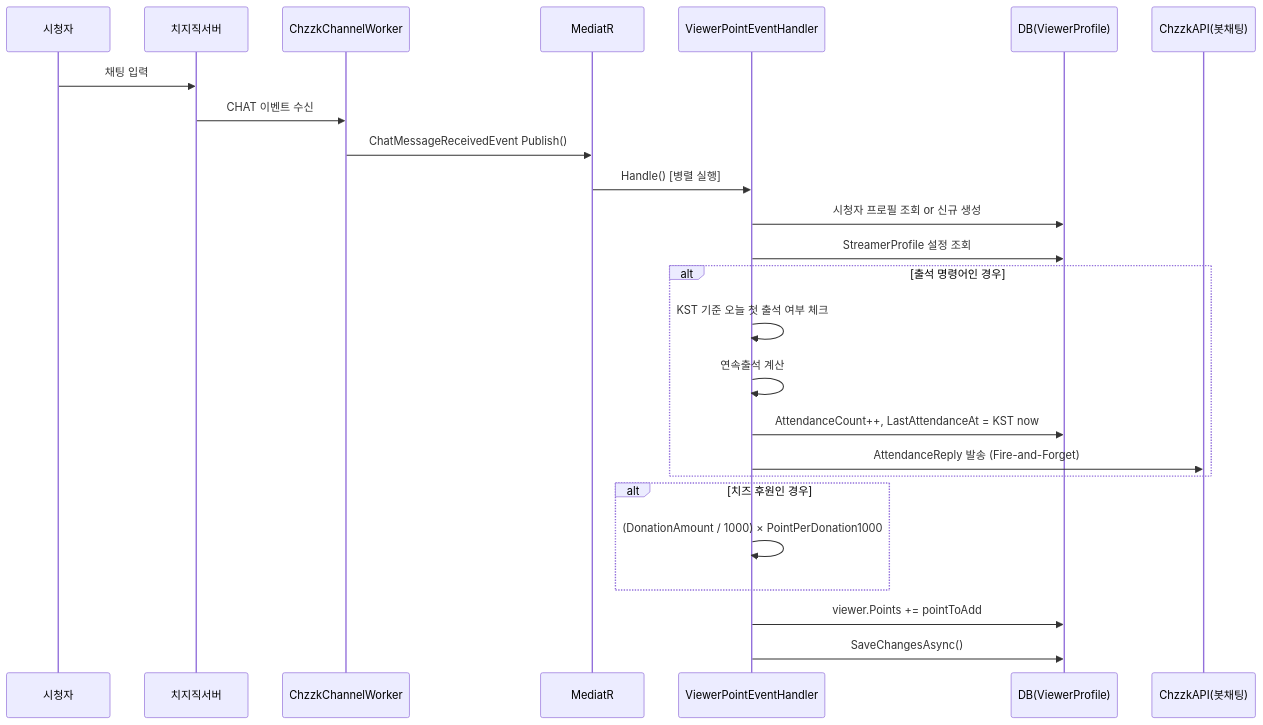
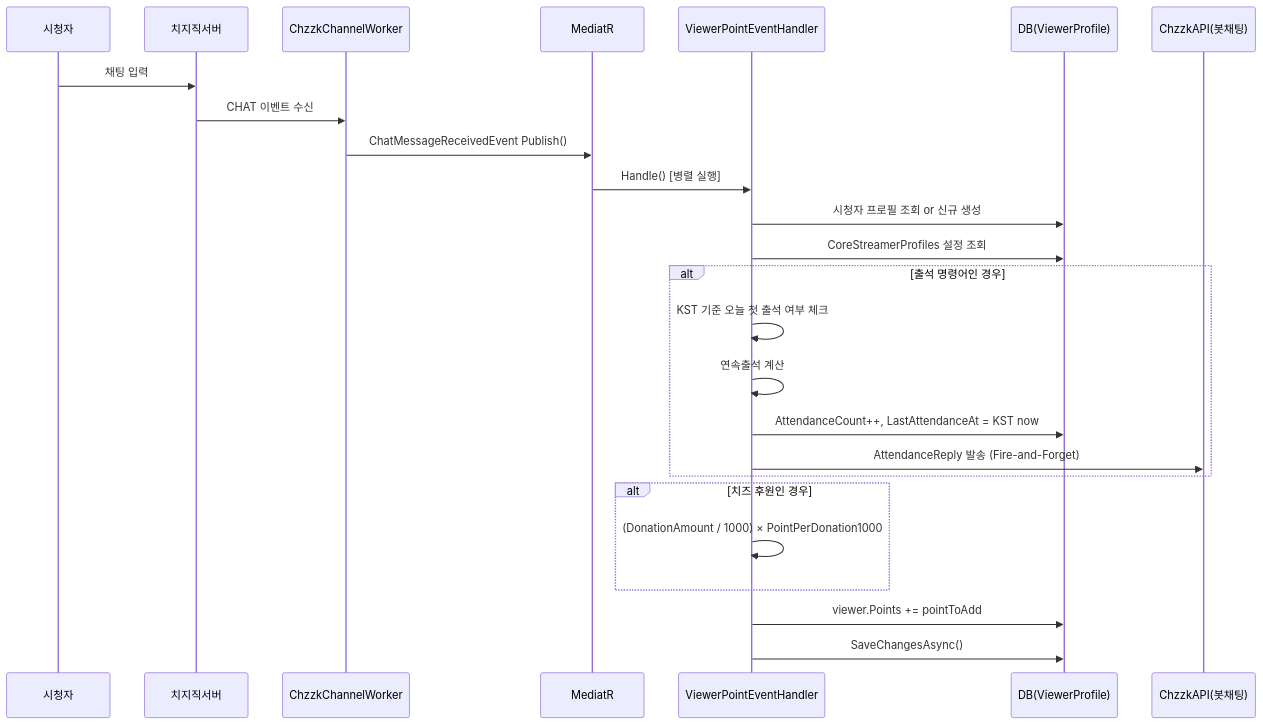
Before and after one commit to mooldang257/MooldangBot: the diagram in mooldang-dev/md/ChatPointResearch.md, drawn with Mermaid. The commit also changed other lines of this file and 457 other files, not shown here.

````diff
--- a/mooldang-dev/md/ChatPointResearch.md
+++ b/mooldang-dev/md/ChatPointResearch.md
@@ -86,32 +86,32 @@
 ```mermaid
 sequenceDiagram
     participant 시청자
     participant 치지직서버
     participant ChzzkChannelWorker
     participant MediatR
     participant ViewerPointEventHandler
     participant DB(ViewerProfile)
     participant ChzzkAPI(봇채팅)
 
     시청자->>치지직서버: 채팅 입력
     치지직서버->>ChzzkChannelWorker: CHAT 이벤트 수신
     ChzzkChannelWorker->>MediatR: ChatMessageReceivedEvent Publish()
     MediatR->>ViewerPointEventHandler: Handle() [병렬 실행]
 
     ViewerPointEventHandler->>DB(ViewerProfile): 시청자 프로필 조회 or 신규 생성
-    ViewerPointEventHandler->>DB(ViewerProfile): StreamerProfile 설정 조회
+    ViewerPointEventHandler->>DB(ViewerProfile): CoreStreamerProfiles 설정 조회
 
     alt 출석 명령어인 경우
         ViewerPointEventHandler->>ViewerPointEventHandler: KST 기준 오늘 첫 출석 여부 체크
         ViewerPointEventHandler->>ViewerPointEventHandler: 연속출석 계산
         ViewerPointEventHandler->>DB(ViewerProfile): AttendanceCount++, LastAttendanceAt = KST now
         ViewerPointEventHandler->>ChzzkAPI(봇채팅): AttendanceReply 발송 (Fire-and-Forget)
     end
 
     alt 치즈 후원인 경우
         ViewerPointEventHandler->>ViewerPointEventHandler: (DonationAmount / 1000) × PointPerDonation1000
     end
 
     ViewerPointEventHandler->>DB(ViewerProfile): viewer.Points += pointToAdd
     ViewerPointEventHandler->>DB(ViewerProfile): SaveChangesAsync()
 ```
````
